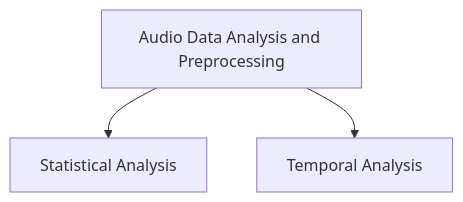
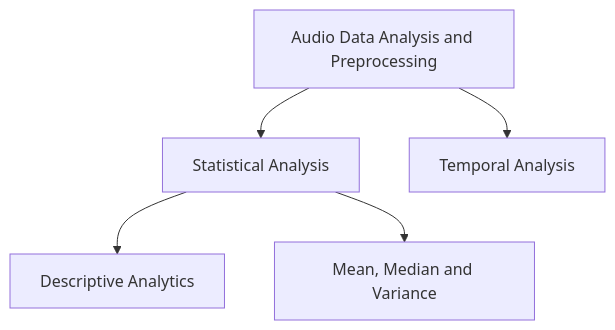
The diagram in README.md (dvamsidhar2002/Audio-Data-Analysis-Techniques), drawn with Mermaid before and after one commit.

````diff
--- a/README.md
+++ b/README.md
@@ -5,5 +5,7 @@
 ```mermaid
 flowchart TD
 A[Audio Data Analysis and Preprocessing] --> B[Statistical Analysis]
 A[Audio Data Analysis and Preprocessing] --> C[Temporal Analysis]
+B[Statistical Analysis] --> E[Descriptive Analytics]
+B[Statistical Analysis] --> F[Mean, Median and Variance]
 ```
````
